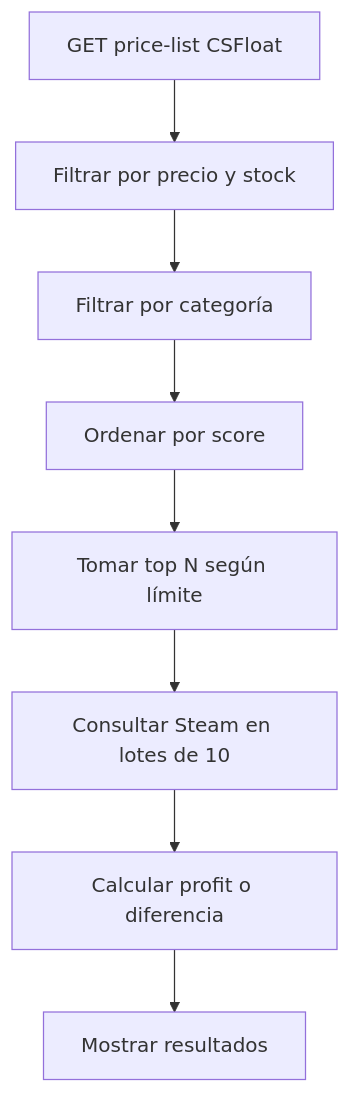
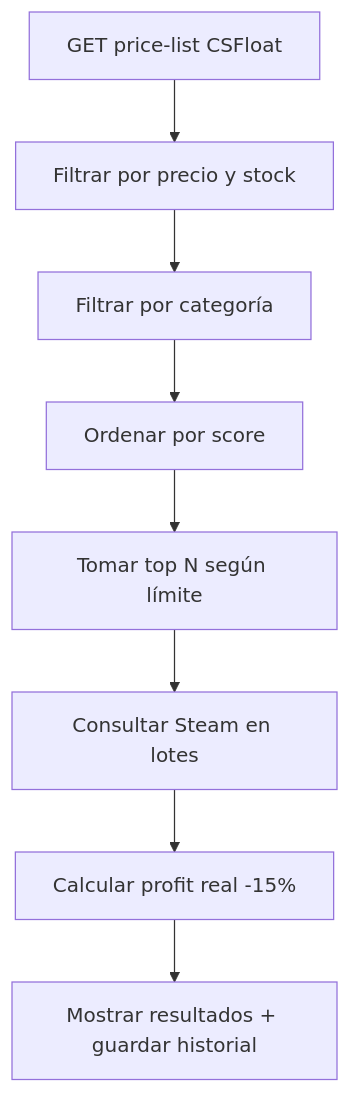
Before and after one commit to marianojsc21/cs-arbitrage-extension: the first of 3 diagrams in README.md, drawn with Mermaid. The commit also changed other lines of this file and 6 other files, not shown here.

````diff
--- a/README.md
+++ b/README.md
@@ -192,10 +260,10 @@
 ```mermaid
 flowchart TD
     A[GET price-list CSFloat] --> B[Filtrar por precio y stock]
     B --> C[Filtrar por categoría]
     C --> D[Ordenar por score]
     D --> E[Tomar top N según límite]
-    E --> F[Consultar Steam en lotes de 10]
-    F --> G[Calcular profit o diferencia]
-    G --> H[Mostrar resultados]
+    E --> F[Consultar Steam en lotes]
+    F --> G[Calcular profit real -15%]
+    G --> H[Mostrar resultados + guardar historial]
 ```
````
